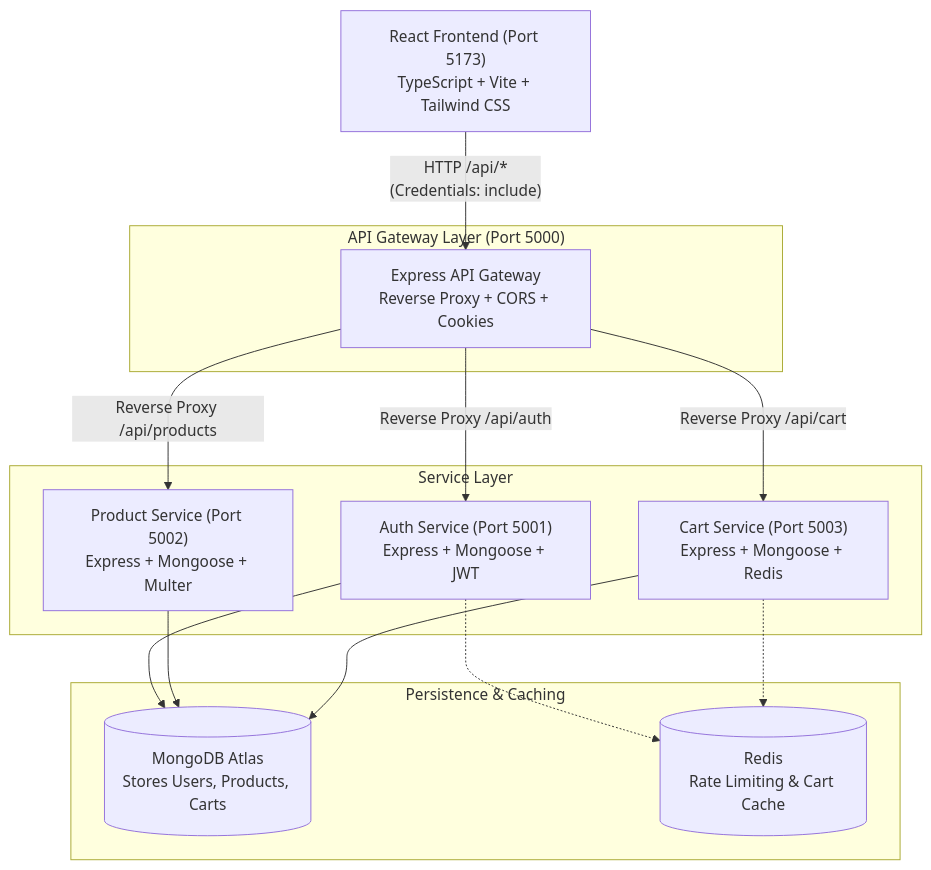
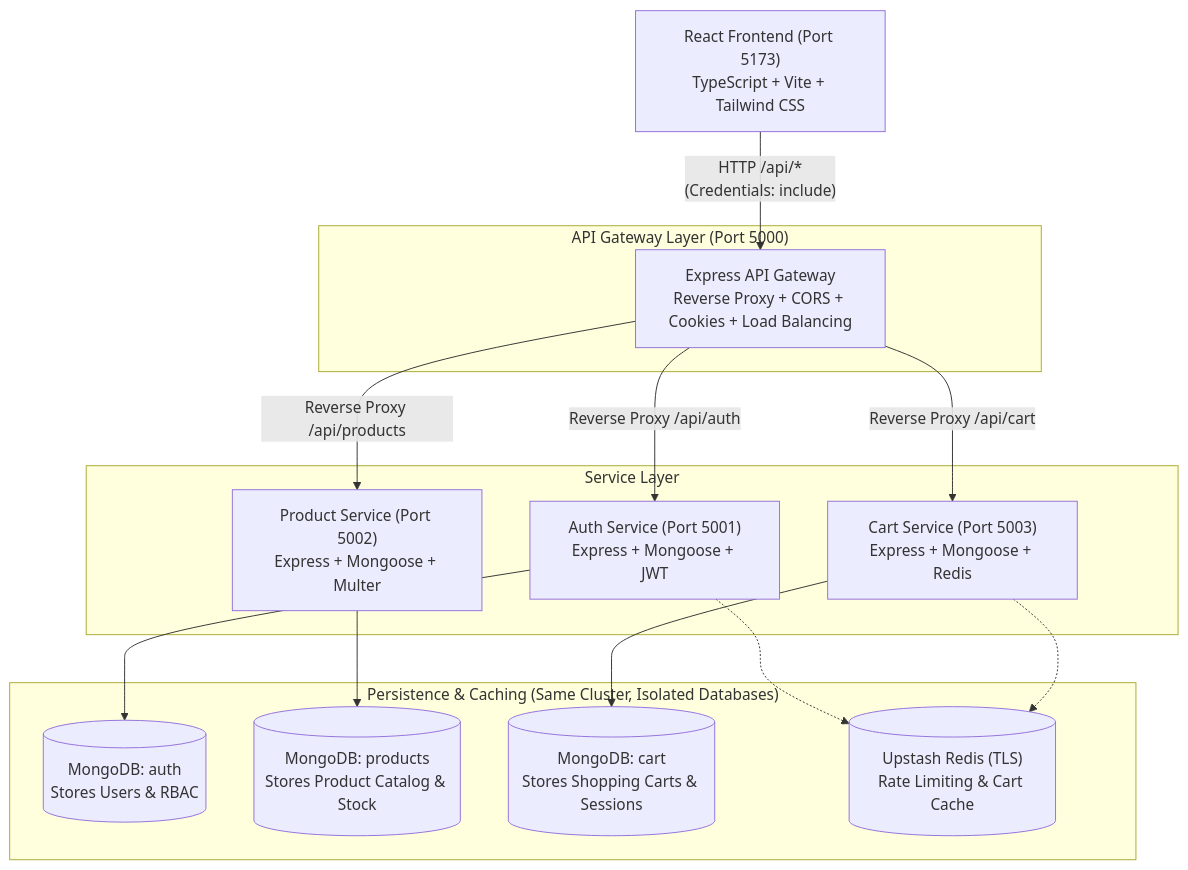
Before and after one commit to Next-Gen-Coder-2007/E-Commerce: the first of 3 diagrams in README.md, drawn with Mermaid. The commit also changed other lines of this file and 1 other file, not shown here.

Commit message:
docs & config: update microservices architecture documentation and vite environment types

````diff
--- a/README.md
+++ b/README.md
@@ -20,29 +20,31 @@
 ```mermaid
 flowchart TD
     Client["React Frontend (Port 5173)\nTypeScript + Vite + Tailwind CSS"]
     
     subgraph GatewayLayer["API Gateway Layer (Port 5000)"]
-        Gateway["Express API Gateway\nReverse Proxy + CORS + Cookies"]
+        Gateway["Express API Gateway\nReverse Proxy + CORS + Cookies + Load Balancing"]
     end
 
     subgraph ServiceLayer["Service Layer"]
         AuthService["Auth Service (Port 5001)\nExpress + Mongoose + JWT"]
         ProductService["Product Service (Port 5002)\nExpress + Mongoose + Multer"]
         CartService["Cart Service (Port 5003)\nExpress + Mongoose + Redis"]
     end
 
-    subgraph DataLayer["Persistence & Caching"]
-        MongoDB[("MongoDB Atlas\nStores Users, Products, Carts")]
-        Redis[("Redis\nRate Limiting & Cart Cache")]
+    subgraph DataLayer["Persistence & Caching (Same Cluster, Isolated Databases)"]
+        AuthDB[("MongoDB: auth\nStores Users & RBAC")]
+        ProductDB[("MongoDB: products\nStores Product Catalog & Stock")]
+        CartDB[("MongoDB: cart\nStores Shopping Carts & Sessions")]
+        Redis[("Upstash Redis (TLS)\nRate Limiting & Cart Cache")]
     end
 
     Client -- "HTTP /api/*\n(Credentials: include)" --> Gateway
     Gateway -- "Reverse Proxy /api/auth" --> AuthService
     Gateway -- "Reverse Proxy /api/products" --> ProductService
     Gateway -- "Reverse Proxy /api/cart" --> CartService
-    AuthService --> MongoDB
+    AuthService --> AuthDB
     AuthService -.-> Redis
-    ProductService --> MongoDB
-    CartService --> MongoDB
+    ProductService --> ProductDB
+    CartService --> CartDB
     CartService -.-> Redis
 ```
````
